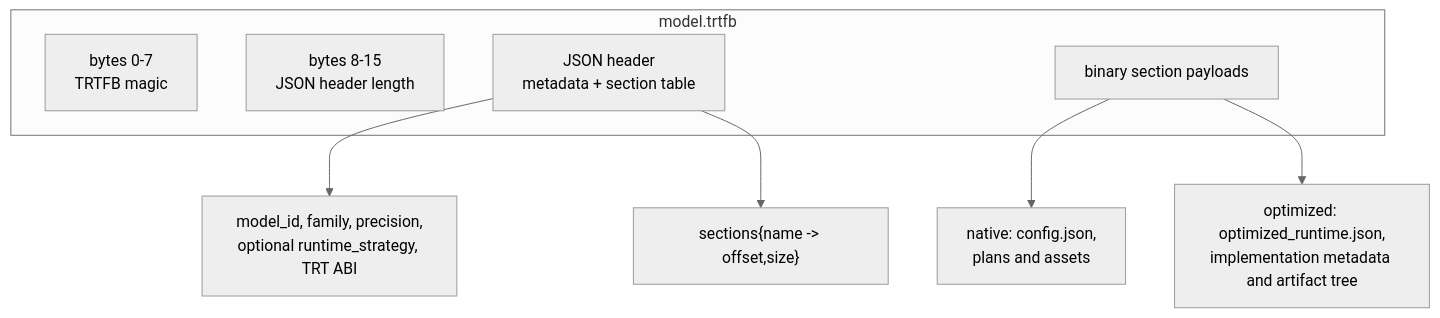
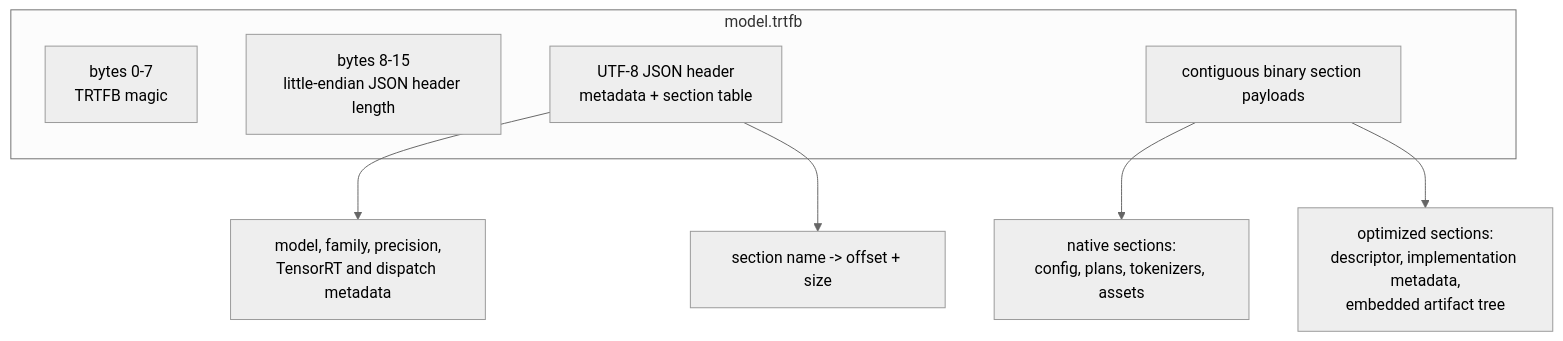
One commit to NVIDIA/TensorRT-Model-Connect changed the diagram in website/docs/architecture/bundle-format.md. Above: the diagram before and after it, drawn with Mermaid (neutral theme). The commit also changed other lines of this file and 86 other files, not shown here.

````diff
--- a/website/docs/architecture/bundle-format.md
+++ b/website/docs/architecture/bundle-format.md
@@ -26,14 +18,14 @@
 ```mermaid
 flowchart TB
   subgraph File["model.trtfb"]
     Magic["bytes 0-7<br/>TRTFB magic"]
-    Len["bytes 8-15<br/>JSON header length"]
-    Header["JSON header<br/>metadata + section table"]
-    Data["binary section payloads"]
+    Length["bytes 8-15<br/>little-endian JSON header length"]
+    Header["UTF-8 JSON header<br/>metadata + section table"]
+    Payloads["contiguous binary section payloads"]
   end
 
-  Header --> Meta["model_id, family, precision,<br/>optional runtime_strategy, TRT ABI"]
-  Header --> Table["sections{name -> offset,size}"]
-  Data --> Native["native: config.json,<br/>plans and assets"]
-  Data --> Optimized["optimized: optimized_runtime.json,<br/>implementation metadata and artifact tree"]
+  Header --> Identity["model, family, precision,<br/>TensorRT and dispatch metadata"]
+  Header --> Table["section name -> offset + size"]
+  Payloads --> Native["native sections:<br/>config, plans, tokenizers, assets"]
+  Payloads --> Optimized["optimized sections:<br/>descriptor, implementation metadata,<br/>embedded artifact tree"]
 ```
````
